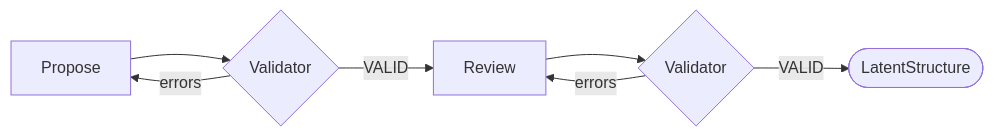
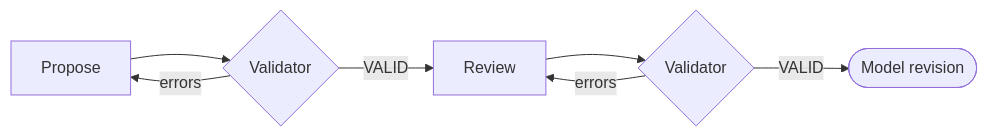
The diagram in docs/pipeline/latent-structure.md (ma9o/nof1-causal-lab), drawn with Mermaid before and after one commit. The commit also changed other lines of this file and 30 other files, not shown here.

First line of the commit message:
Document additive model architecture and agent workflows

````diff
--- a/docs/pipeline/latent-structure.md
+++ b/docs/pipeline/latent-structure.md
@@ -23,6 +23,6 @@
 ```mermaid
 flowchart LR
     P[Propose] --> V1{Validator} -- errors --> P
     V1 -- VALID --> R[Review] --> V2{Validator} -- errors --> R
-    V2 -- VALID --> F([LatentStructure])
+    V2 -- VALID --> F([Model revision])
 ```
````
